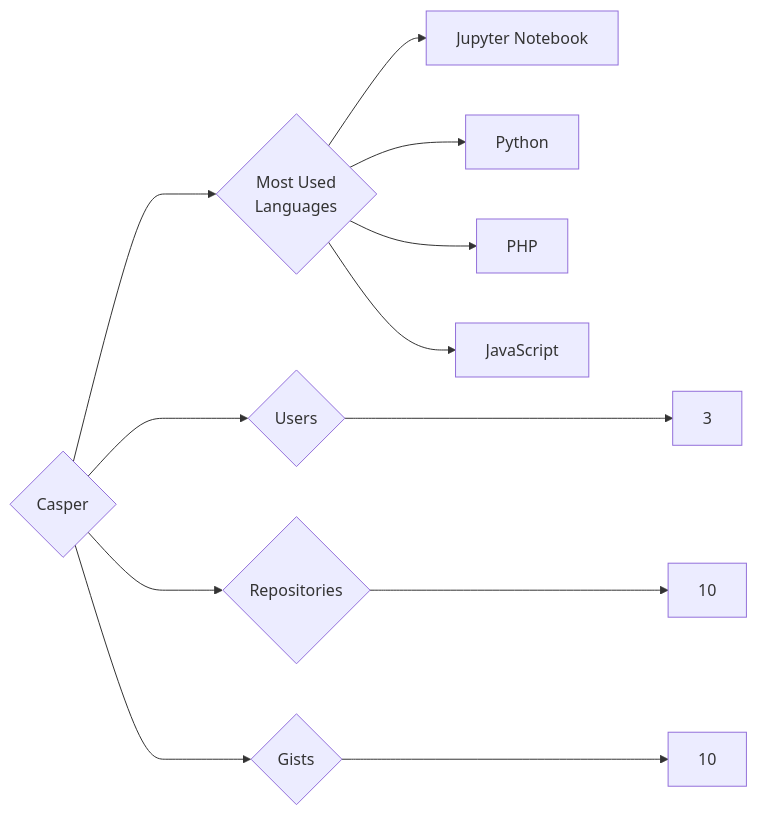
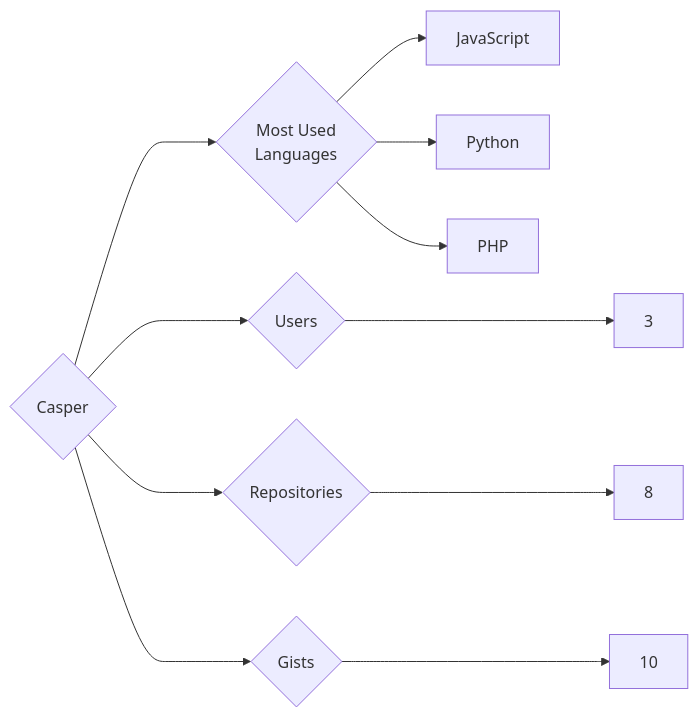
One commit to trickest/insiders changed the diagram in targets/Casper/README.md. Above: the diagram before and after it, drawn with Mermaid. The commit also changed 1195 other files, not shown here.

````diff
--- a/targets/Casper/README.md
+++ b/targets/Casper/README.md
@@ -3,12 +3,11 @@
 ```mermaid
 graph LR
 COMPANY_NAME{Casper}
 COMPANY_NAME ---> U{Users} ---> UN[3]
-COMPANY_NAME ---> R{Repositories} ---> RN[10]
+COMPANY_NAME ---> R{Repositories} ---> RN[8]
 COMPANY_NAME ---> G{Gists} ---> GN[10]
 COMPANY_NAME ---> ML{Most Used<br>Languages}
-ML --> Jupyter_Notebook[Jupyter Notebook]
+ML --> JavaScript[JavaScript]
 ML --> Python[Python]
 ML --> PHP[PHP]
-ML --> JavaScript[JavaScript]
 ```
````
